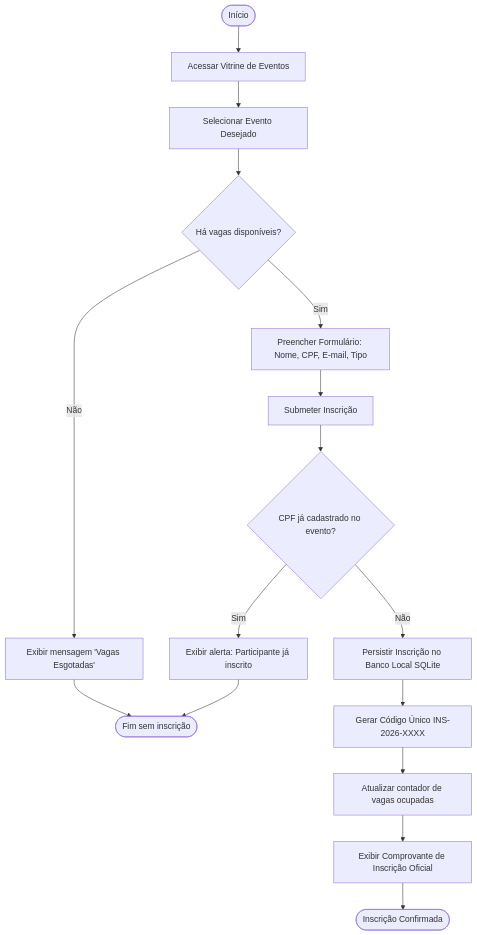
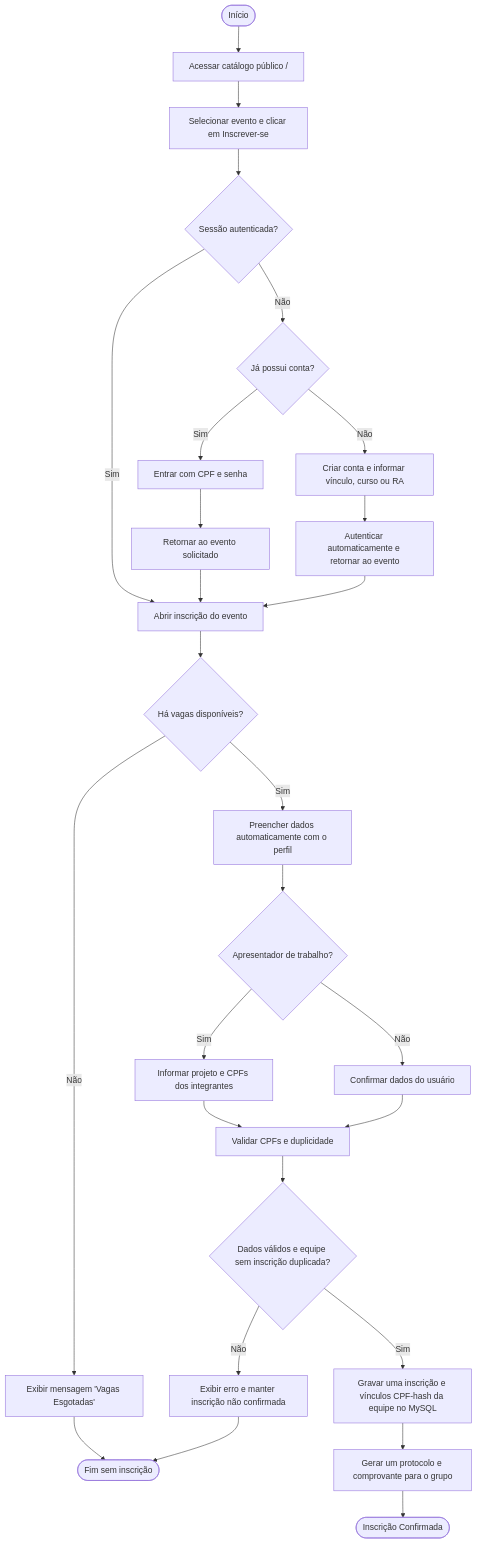
Before and after one commit to eduardomotoboy/Eventos: the first of 3 diagrams in documentos/atividades/README.md, drawn with Mermaid. The commit also changed other lines of this file and 12 other files, not shown here.

````diff
--- a/documentos/atividades/README.md
+++ b/documentos/atividades/README.md
@@ -9,22 +9,34 @@
 ```mermaid
 flowchart TD
-    Start([Início]) --> A[Acessar Vitrine de Eventos]
-    A --> B[Selecionar Evento Desejado]
-    B --> C{Há vagas disponíveis?}
+    Start([Início]) --> A[Acessar catálogo público /]
+    A --> B[Selecionar evento e clicar em Inscrever-se]
+    B --> C{Sessão autenticada?}
+
+    C -- Não --> D{Já possui conta?}
+    D -- Sim --> E[Entrar com CPF e senha]
+    D -- Não --> F[Criar conta e informar vínculo, curso ou RA]
+    E --> G[Retornar ao evento solicitado]
+    F --> H[Autenticar automaticamente e retornar ao evento]
+    C -- Sim --> I[Abrir inscrição do evento]
+    G --> I
+    H --> I
+    I --> J{Há vagas disponíveis?}
     
-    C -- Não --> D[Exibir mensagem 'Vagas Esgotadas']
-    D --> EndFail([Fim sem inscrição])
+    J -- Não --> K[Exibir mensagem 'Vagas Esgotadas']
+    K --> EndFail([Fim sem inscrição])
     
-    C -- Sim --> E[Preencher Formulário: Nome, CPF, E-mail, Tipo]
-    E --> F[Submeter Inscrição]
-    F --> G{CPF já cadastrado no evento?}
+    J -- Sim --> L[Preencher dados automaticamente com o perfil]
+    L --> M{Apresentador de trabalho?}
+    M -- Sim --> N[Informar projeto e CPFs dos integrantes]
+    M -- Não --> O[Confirmar dados do usuário]
+    N --> P[Validar CPFs e duplicidade]
+    O --> P
+    P --> Q{Dados válidos e equipe sem inscrição duplicada?}
     
-    G -- Sim --> H[Exibir alerta: Participante já inscrito]
-    H --> EndFail
+    Q -- Não --> R[Exibir erro e manter inscrição não confirmada]
+    R --> EndFail
     
-    G -- Não --> I[Persistir Inscrição no Banco Local SQLite]
-    I --> J[Gerar Código Único INS-2026-XXXX]
-    J --> K[Atualizar contador de vagas ocupadas]
-    K --> L[Exibir Comprovante de Inscrição Oficial]
-    L --> EndSuccess([Inscrição Confirmada])
+    Q -- Sim --> S[Gravar uma inscrição e vínculos CPF-hash da equipe no MySQL]
+    S --> T[Gerar um protocolo e comprovante para o grupo]
+    T --> EndSuccess([Inscrição Confirmada])
 ```
````
